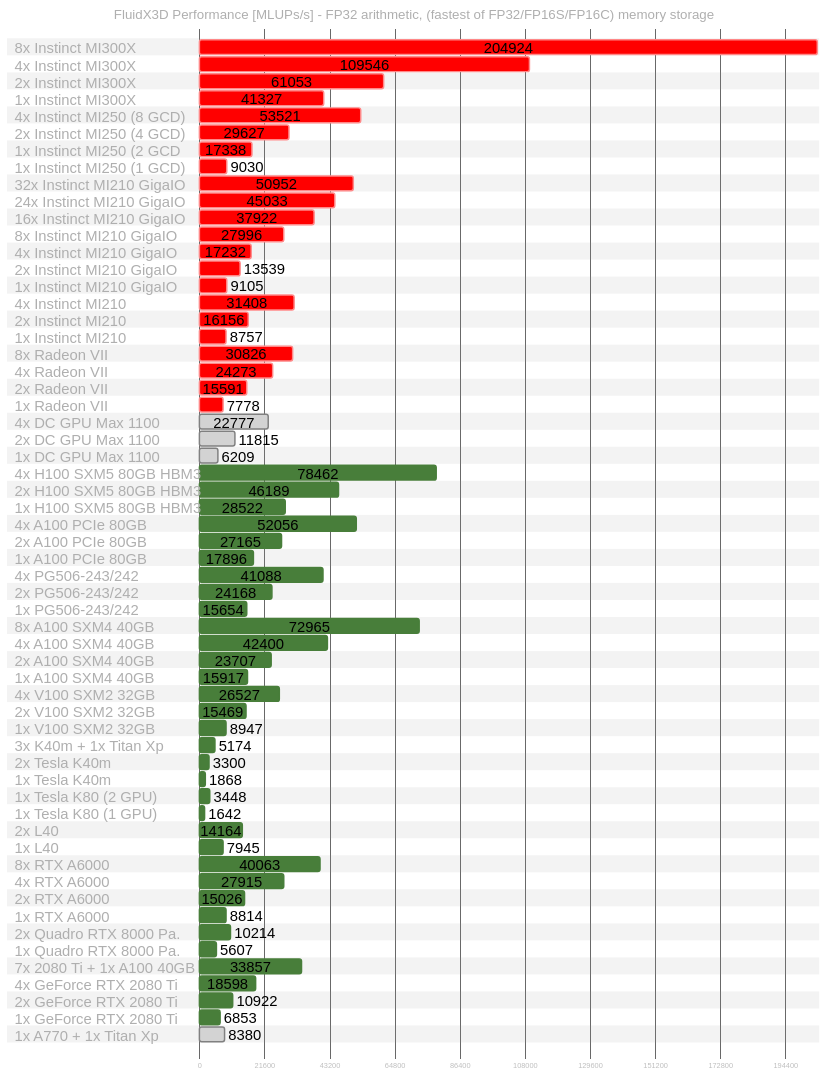
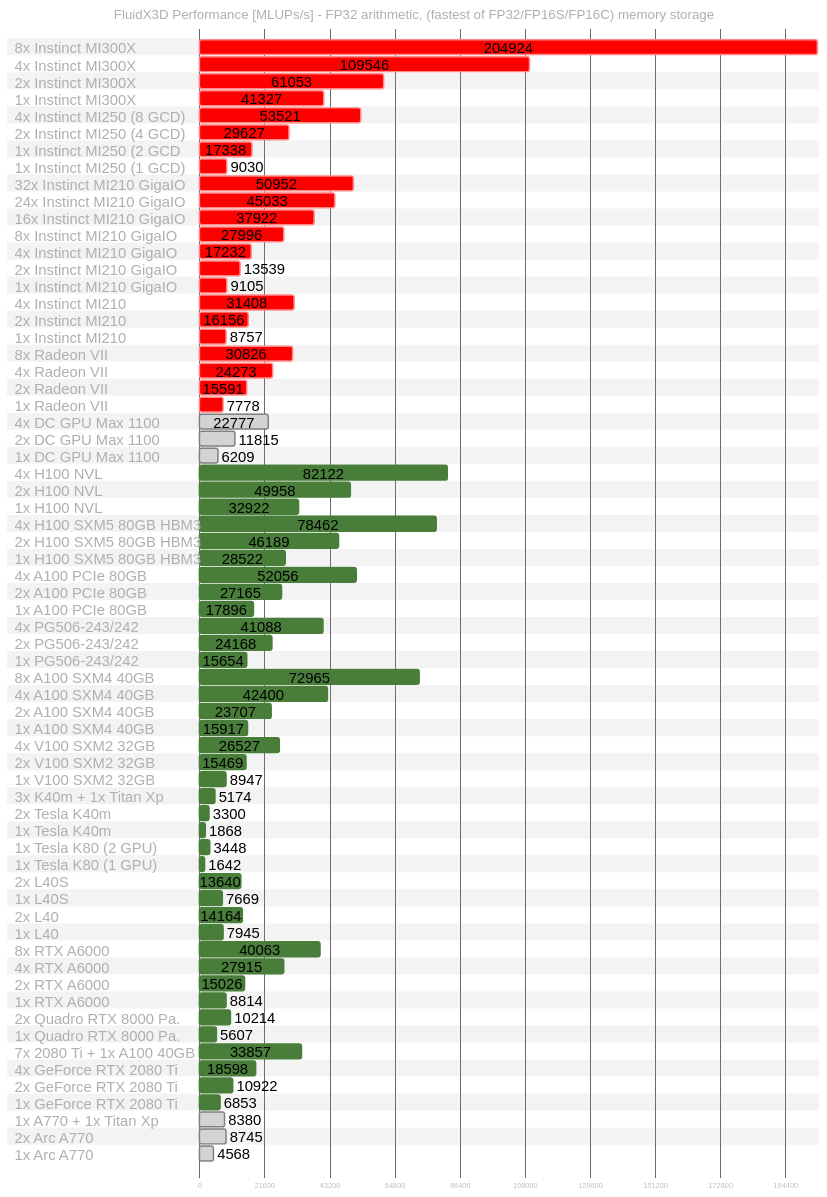
One commit to ProjectPhysX/FluidX3D changed the second of 2 diagrams in README.md. Above: the diagram before and after it, drawn with Mermaid. The commit also changed other lines of this file, not shown here.

````diff
--- a/README.md
+++ b/README.md
@@ -1234,6 +1260,13 @@
 section 1x DC GPU Max 1100
 	6209 :done, 0, 6209
 
+section 4x H100 NVL
+	82122 : 0, 82122
+section 2x H100 NVL
+	49958 : 0, 49958
+section 1x H100 NVL
+	32922 : 0, 32922
+
 section 4x H100 SXM5 80GB HBM3
 	78462 : 0, 78462
 section 2x H100 SXM5 80GB HBM3
@@ -1283,6 +1316,11 @@
 section 1x Tesla K80 (1 GPU)
 	1642 : 0, 1642
 
+section 2x L40S
+	13640 : 0, 13640
+section 1x L40S
+	7669 : 0, 7669
+
 section 2x L40
 	14164 : 0, 14164
 section 1x L40
@@ -1313,4 +1351,8 @@
 
 section 1x A770 + 1x Titan Xp
 	8380 :done, 0, 8380
+section 2x Arc A770
+	8745 :done, 0, 8745
+section 1x Arc A770
+	4568 :done, 0, 4568
 ```
````
